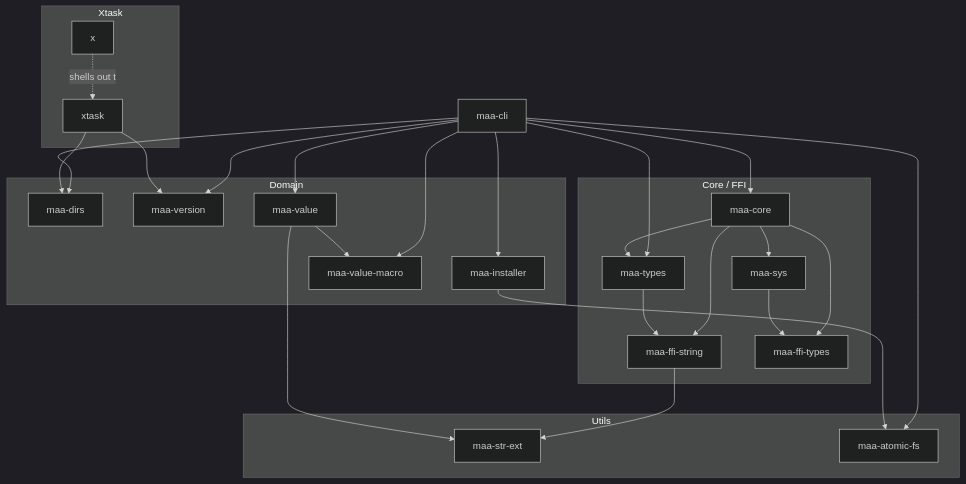
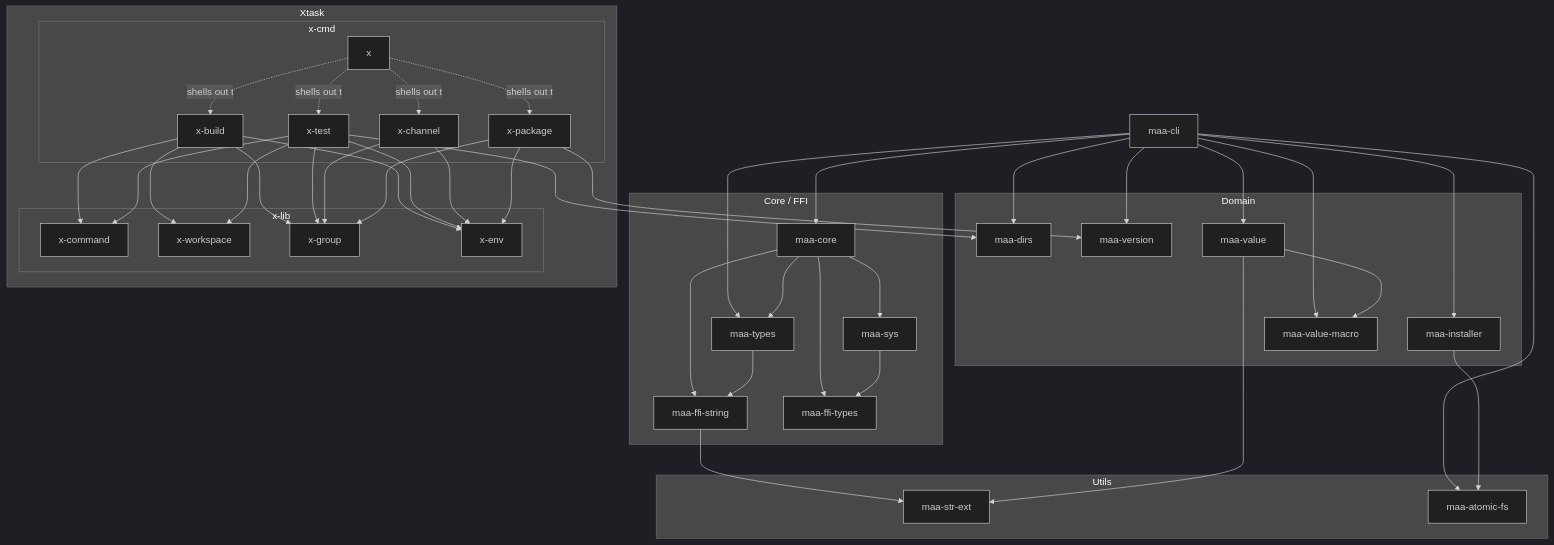
The diagram in AGENTS.md (MaaAssistantArknights/maa-cli), drawn with Mermaid (dark theme) before and after one commit. The commit also changed other lines of this file and 37 other files, not shown here.

````diff
--- a/AGENTS.md
+++ b/AGENTS.md
@@ -14,56 +14,82 @@
 ```mermaid
 graph TD
     CLI["maa-cli"]
 
     subgraph Domain
         DIRS["maa-dirs"]
         VERSION["maa-version"]
         INSTALLER["maa-installer"]
         VALUE["maa-value"]
         VALMACRO["maa-value-macro"]
     end
 
     subgraph Core["Core / FFI"]
         CORE["maa-core"]
         SYS["maa-sys"]
         FFISTR["maa-ffi-string"]
         TYPES["maa-types"]
         FFITYPES["maa-ffi-types"]
     end
 
     subgraph Utils
         STREXT["maa-str-ext"]
         ATOMICFS["maa-atomic-fs"]
     end
     
     subgraph Xtask
-        XTASK["xtask"]
-        X["x"]
+        subgraph Xlib["x-lib"]
+            COMMAND["x-command"]
+            WORKSPACE["x-workspace"]
+            GROUP["x-group"]
+            ENV["x-env"]
+        end
+        subgraph Xcmd["x-cmd"]
+            BUILD["x-build"]
+            TEST["x-test"]
+            CHANNEL["x-channel"]
+            PACKAGE["x-package"]
+            X["x"]
+        end
     end
 
     CLI --> CORE
     CLI --> DIRS
     CLI --> INSTALLER
     CLI --> TYPES
     CLI --> VALUE
     CLI --> VALMACRO
     CLI --> VERSION
     CLI --> ATOMICFS
 
     CORE --> SYS
     CORE --> TYPES
     CORE --> FFISTR
     CORE --> FFITYPES
 
     SYS --> FFITYPES
     TYPES --> FFISTR
 
     FFISTR --> STREXT
     VALUE --> STREXT
     VALUE --> VALMACRO
     INSTALLER --> ATOMICFS
     
-    XTASK --> DIRS
-    XTASK --> VERSION
-    X -.shells out to.-> XTASK
+    BUILD --> GROUP
+    TEST --> GROUP
+    CHANNEL --> GROUP
+    PACKAGE --> GROUP
+    BUILD --> ENV
+    TEST --> ENV
+    CHANNEL --> ENV
+    PACKAGE --> ENV
+    BUILD --> COMMAND
+    TEST --> COMMAND
+    BUILD --> WORKSPACE
+    TEST --> WORKSPACE
+    TEST --> DIRS
+    PACKAGE --> VERSION
+    X -.shells out to.-> BUILD
+    X -.shells out to.-> TEST
+    X -.shells out to.-> CHANNEL
+    X -.shells out to.-> PACKAGE
 ```
````
